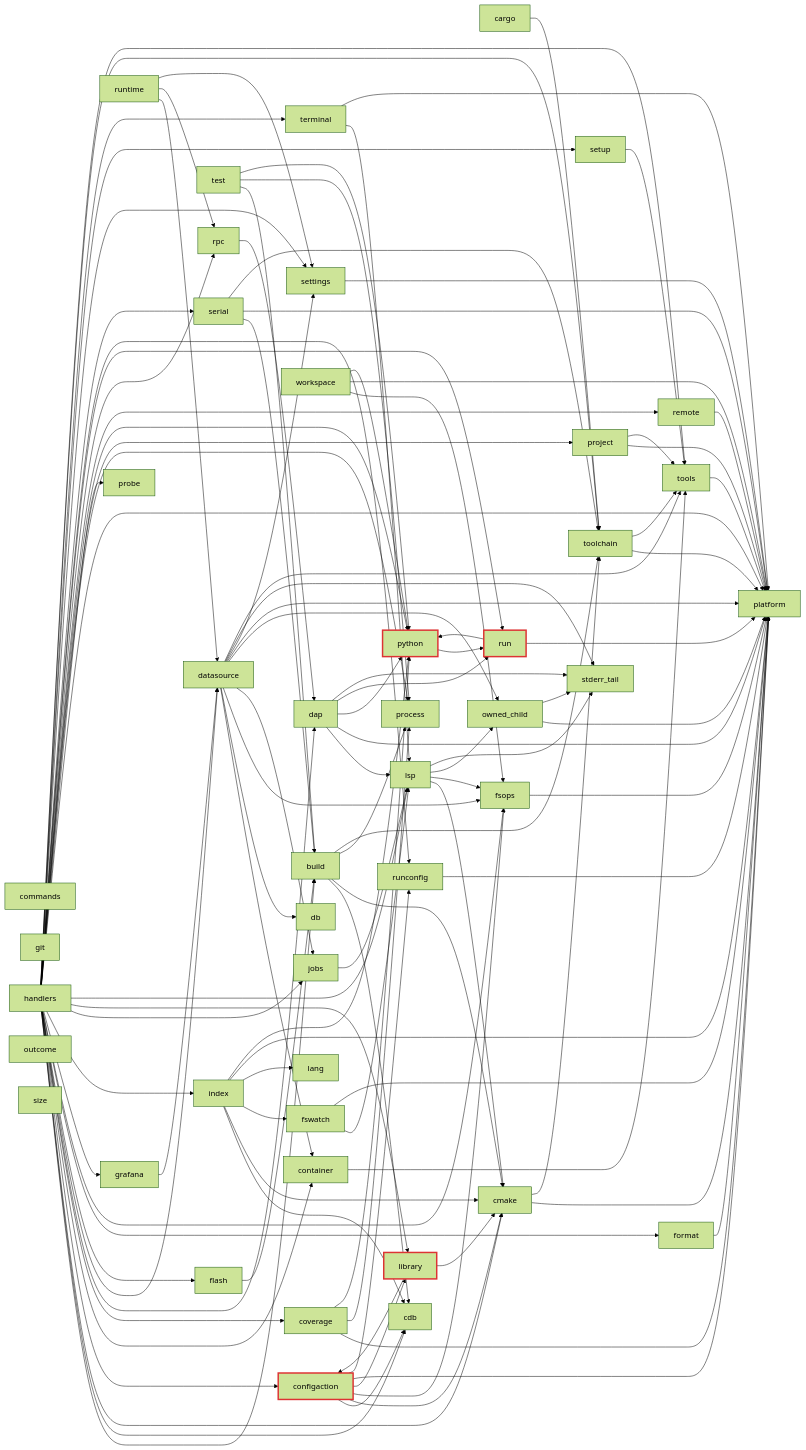
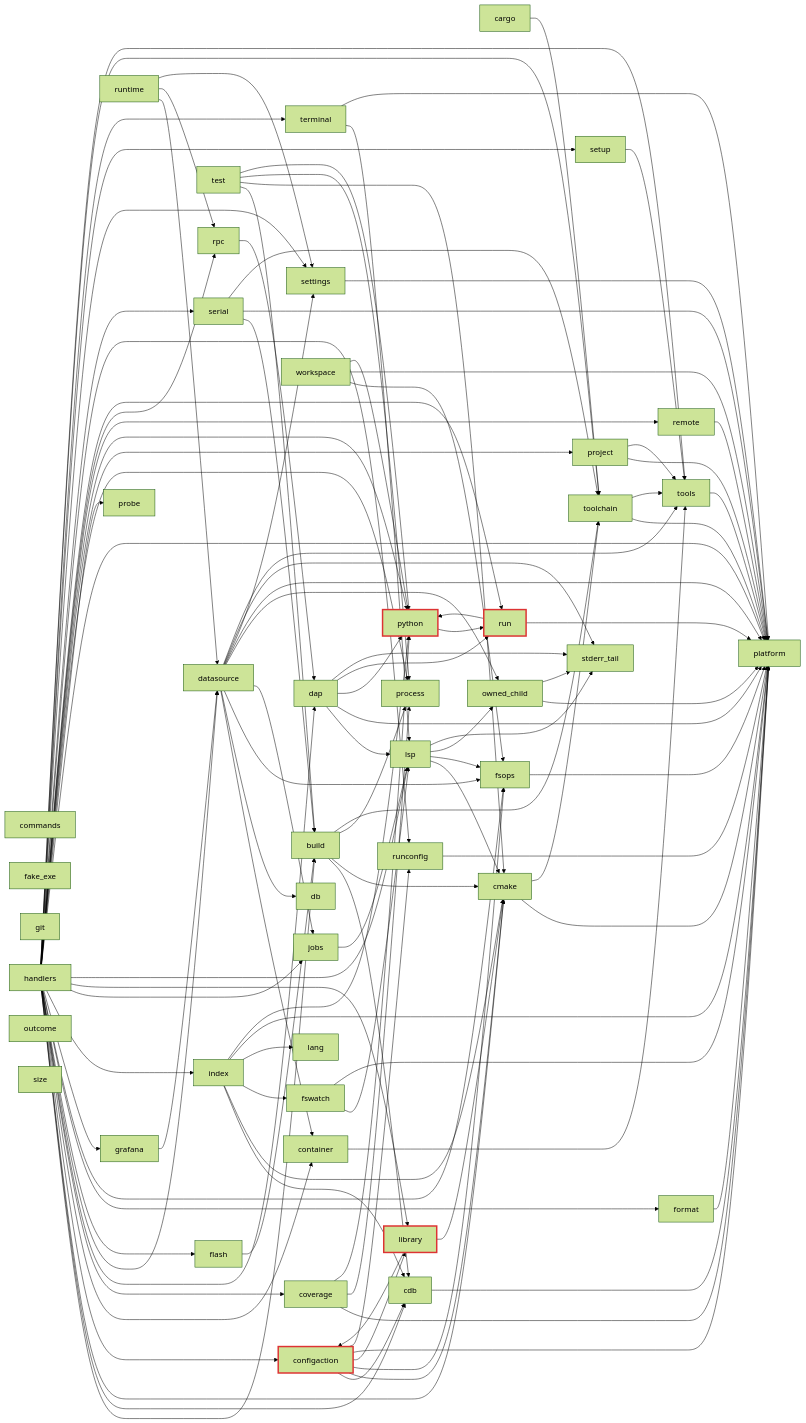
One commit to ViktorWalde/KineinVectis changed the third of 16 diagrams in DocsPublic/arquitetura/01-mapa-de-modulos.md. Above: the diagram before and after it, drawn with Mermaid (forest theme). The commit also changed other lines of this file and 88 other files, not shown here.

```diff
--- a/DocsPublic/arquitetura/01-mapa-de-modulos.md
+++ b/DocsPublic/arquitetura/01-mapa-de-modulos.md
@@ -104,6 +104,7 @@
   n_core_dap[dap]
   n_core_datasource[datasource]
   n_core_db[db]
+  n_core_fake_exe[fake_exe]
   n_core_flash[flash]
   n_core_format[format]
   n_core_fsops[fsops]
@@ -143,6 +144,7 @@
   n_core_build --> n_core_process
   n_core_build --> n_core_toolchain
   n_core_cargo --> n_core_toolchain
+  n_core_cdb --> n_core_platform
   n_core_cmake --> n_core_platform
   n_core_cmake --> n_core_toolchain
   n_core_configaction --> n_core_cdb
@@ -240,6 +242,7 @@
   n_core_terminal --> n_core_lsp
   n_core_terminal --> n_core_platform
   n_core_test --> n_core_build
+  n_core_test --> n_core_cmake
   n_core_test --> n_core_process
   n_core_test --> n_core_python
   n_core_toolchain --> n_core_platform
```
